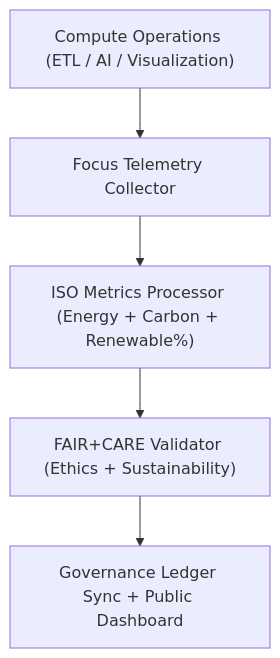
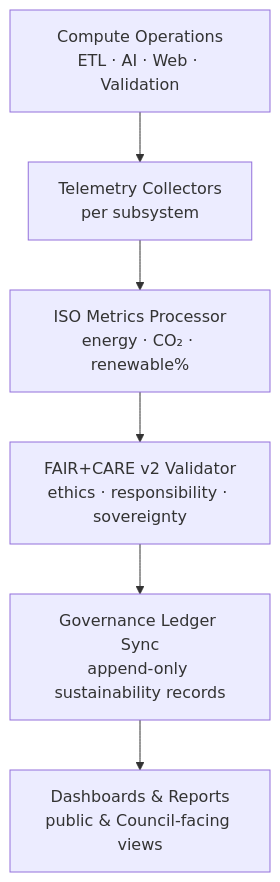
One commit to bartytime4life/Kansas-Frontier-Matrix changed the diagram in docs/guides/telemetry/sustainability-monitoring.md. Above: the diagram before and after it, drawn with Mermaid. The commit also changed other lines of this file, not shown here.

Commit message:
Update sustainability monitoring guide to v10.4.2

`````diff
--- a/docs/guides/telemetry/sustainability-monitoring.md
+++ b/docs/guides/telemetry/sustainability-monitoring.md
@@ -63,7 +72,9 @@
 ```mermaid
 flowchart TD
-A["Compute Operations (ETL / AI / Visualization)"] --> B["Focus Telemetry Collector"]
-B --> C["ISO Metrics Processor (Energy + Carbon + Renewable%)"]
-C --> D["FAIR+CARE Validator (Ethics + Sustainability)"]
-D --> E["Governance Ledger Sync + Public Dashboard"]
-```
+
+A["Compute Operations<br/>ETL · AI · Web · Validation"] --> B["Telemetry Collectors<br/>per subsystem"]
+B --> C["ISO Metrics Processor<br/>energy · CO₂ · renewable%"]
+C --> D["FAIR+CARE v2 Validator<br/>ethics · responsibility · sovereignty"]
+D --> E["Governance Ledger Sync<br/>append-only sustainability records"]
+E --> F["Dashboards & Reports<br/>public & Council-facing views"]
+````
`````
